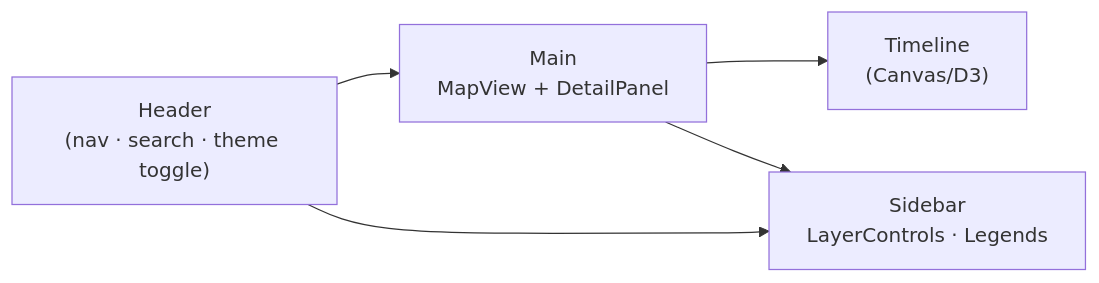
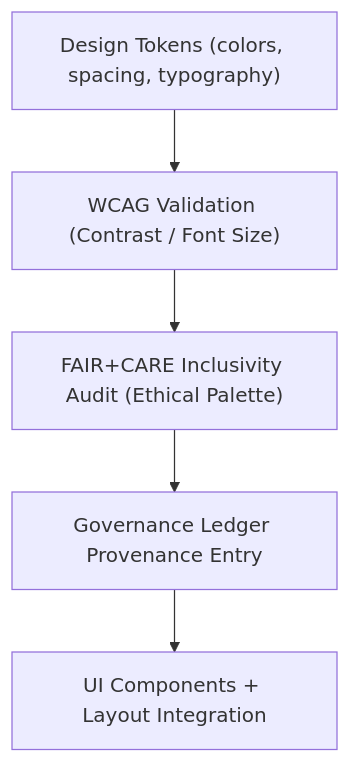
The diagram in web/src/styles/README.md (bartytime4life/Kansas-Frontier-Matrix), drawn with Mermaid before and after one commit. The commit also changed other lines of this file, not shown here.

````diff
--- a/web/src/styles/README.md
+++ b/web/src/styles/README.md
@@ -166,7 +84,7 @@
 ```mermaid
-flowchart LR
-  A["Header<br/>(nav · search · theme toggle)"] --> B["Main<br/>MapView + DetailPanel"]
-  B --> C["Timeline<br/>(Canvas/D3)"]
-  B --> D["Sidebar<br/>LayerControls · Legends"]
-  A --> D
+flowchart TD
+  A["Design Tokens (colors, spacing, typography)"] --> B["WCAG Validation (Contrast / Font Size)"]
+  B --> C["FAIR+CARE Inclusivity Audit (Ethical Palette)"]
+  C --> D["Governance Ledger Provenance Entry"]
+  D --> E["UI Components + Layout Integration"]
 ```
````
